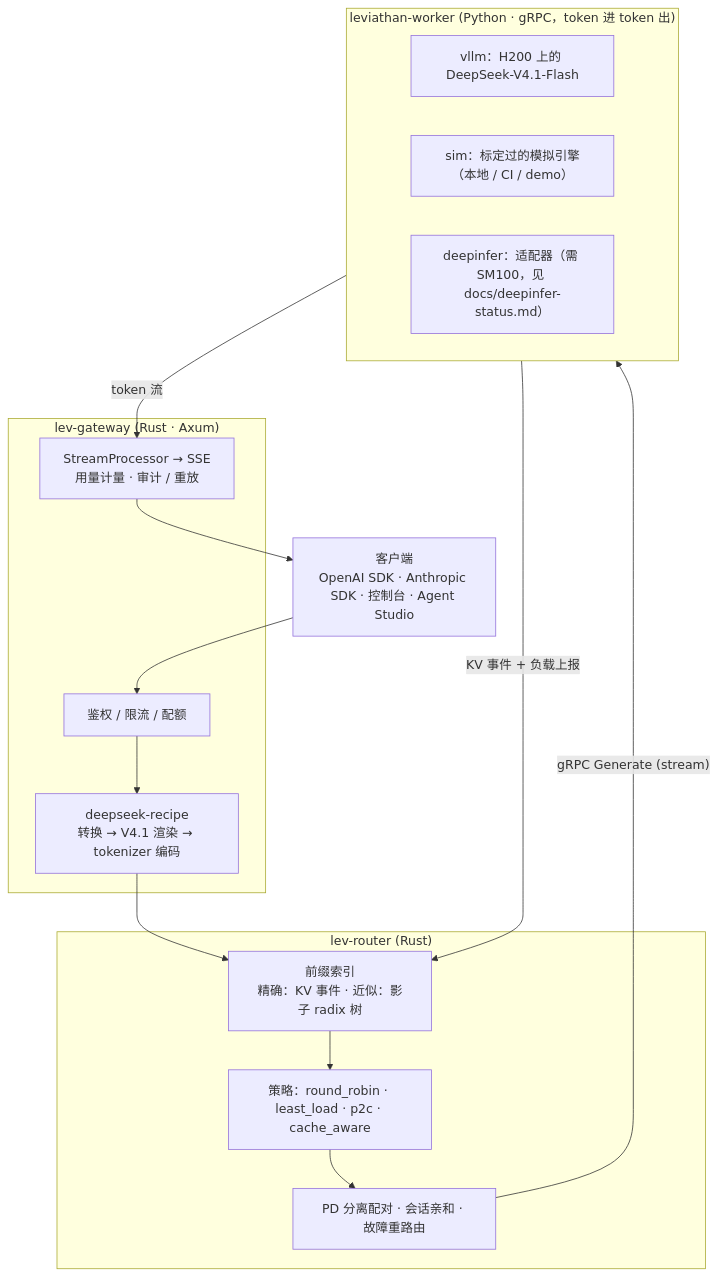
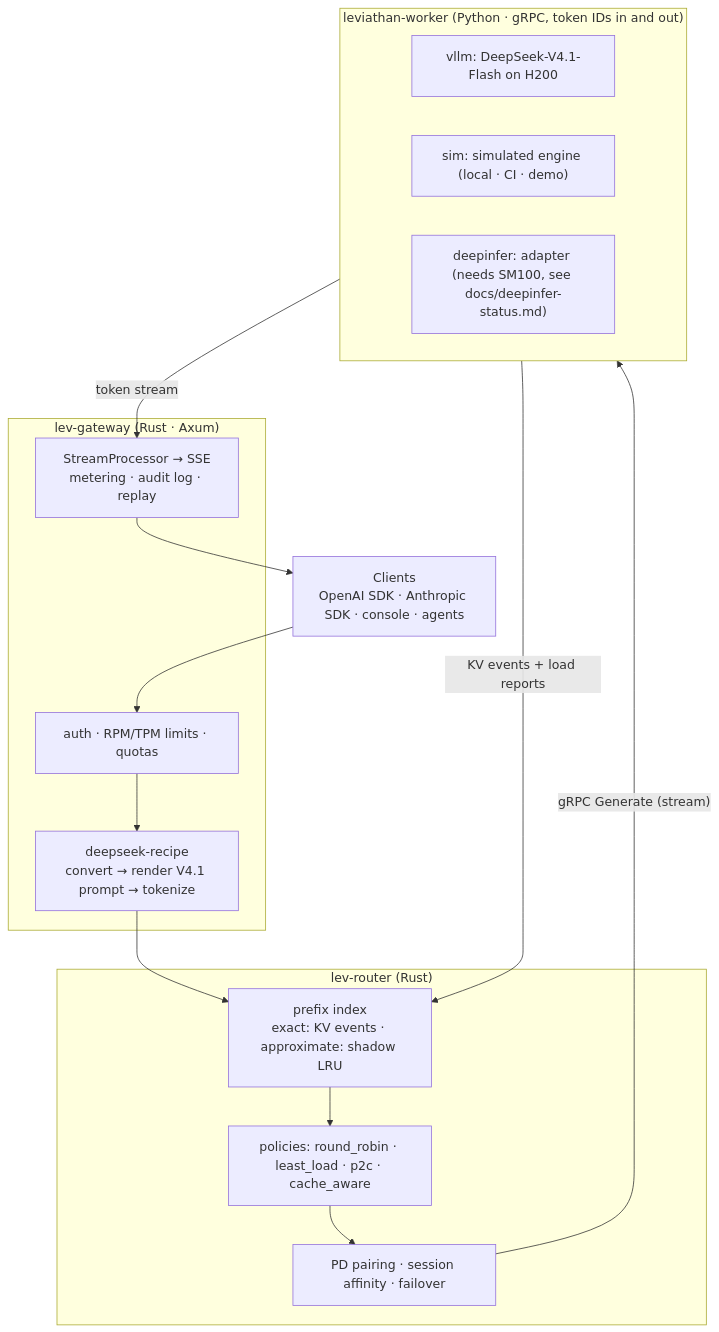
The diagram in README.md (FufanLu/Inference-Framework-Agent-Based-on-DeepInfer), drawn with Mermaid before and after one commit. The commit also changed other lines of this file and 11 other files, not shown here.

````diff
--- a/README.md
+++ b/README.md
@@ -20,23 +22,23 @@
 ```mermaid
 flowchart TB
-    C["客户端<br/>OpenAI SDK · Anthropic SDK · 控制台 · Agent Studio"]
+    C["Clients<br/>OpenAI SDK · Anthropic SDK · console · agents"]
     subgraph GW["lev-gateway (Rust · Axum)"]
-        A["鉴权 / 限流 / 配额"]
-        R["deepseek-recipe<br/>转换 → V4.1 渲染 → tokenizer 编码"]
-        S["StreamProcessor → SSE<br/>用量计量 · 审计 / 重放"]
+        A["auth · RPM/TPM limits · quotas"]
+        R["deepseek-recipe<br/>convert → render V4.1 prompt → tokenize"]
+        S["StreamProcessor → SSE<br/>metering · audit log · replay"]
     end
     subgraph RT["lev-router (Rust)"]
-        I["前缀索引<br/>精确：KV 事件 · 近似：影子 radix 树"]
-        P["策略：round_robin · least_load · p2c · cache_aware"]
-        D["PD 分离配对 · 会话亲和 · 故障重路由"]
+        I["prefix index<br/>exact: KV events · approximate: shadow LRU"]
+        P["policies: round_robin · least_load · p2c · cache_aware"]
+        D["PD pairing · session affinity · failover"]
     end
-    subgraph WK["leviathan-worker (Python · gRPC，token 进 token 出)"]
-        V["vllm：H200 上的 DeepSeek-V4.1-Flash"]
-        M["sim：标定过的模拟引擎（本地 / CI / demo）"]
-        X["deepinfer：适配器（需 SM100，见 docs/deepinfer-status.md）"]
+    subgraph WK["leviathan-worker (Python · gRPC, token IDs in and out)"]
+        V["vllm: DeepSeek-V4.1-Flash on H200"]
+        M["sim: simulated engine (local · CI · demo)"]
+        X["deepinfer: adapter (needs SM100, see docs/deepinfer-status.md)"]
     end
     C --> A --> R --> I --> P --> D
     D -- "gRPC Generate (stream)" --> WK
-    WK -- "KV 事件 + 负载上报" --> I
-    WK -- "token 流" --> S --> C
+    WK -- "KV events + load reports" --> I
+    WK -- "token stream" --> S --> C
 ```
````
